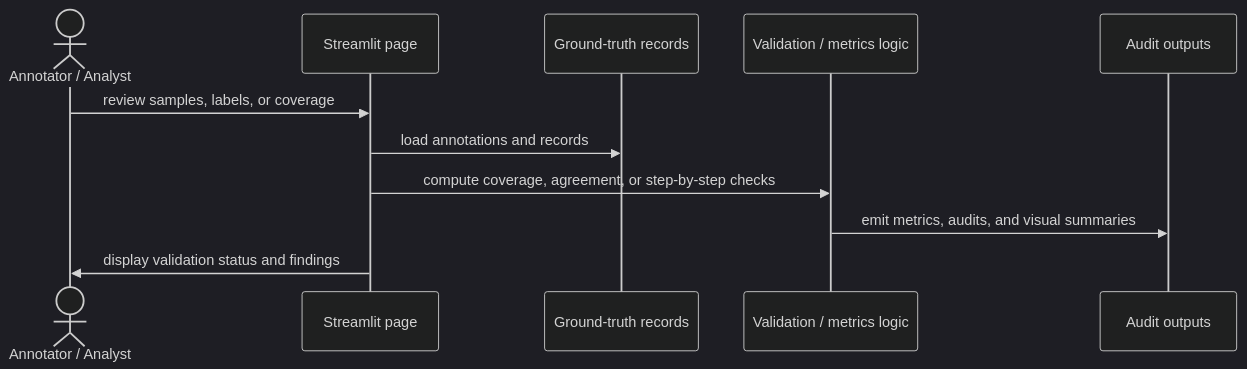
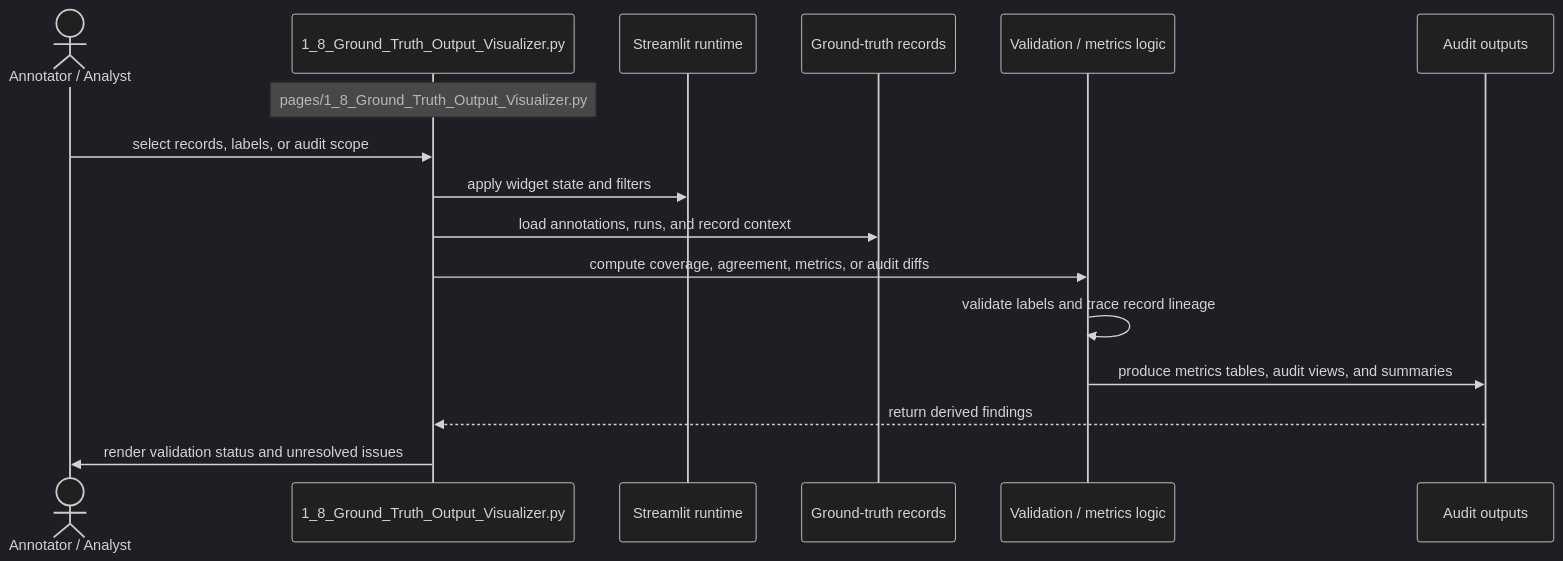
The diagram in new_page/documentation/streamlit_pages/mermaid_sequence_diagram/1_8_Ground_Truth_Output_Visualizer.md (darisdzakwanhoesien2/benchmarks), drawn with Mermaid (dark theme) before and after one commit. The commit also changed other lines of this file and 49 other files, not shown here.

Commit message:
Adding Documentation with Mermaid Sequence Diagram

````diff
--- a/new_page/documentation/streamlit_pages/mermaid_sequence_diagram/1_8_Ground_Truth_Output_Visualizer.md
+++ b/new_page/documentation/streamlit_pages/mermaid_sequence_diagram/1_8_Ground_Truth_Output_Visualizer.md
@@ -7,13 +15,18 @@
 ```mermaid
 sequenceDiagram
     actor User as Annotator / Analyst
-    participant page as Streamlit page
+    participant page as 1_8_Ground_Truth_Output_Visualizer.py
+    participant runtime as Streamlit runtime
     participant data as Ground-truth records
     participant compute as Validation / metrics logic
     participant output as Audit outputs
-    User->>page: review samples, labels, or coverage
-    page->>data: load annotations and records
-    page->>compute: compute coverage, agreement, or step-by-step checks
-    compute->>output: emit metrics, audits, and visual summaries
-    page->>User: display validation status and findings
+    Note over page: pages/1_8_Ground_Truth_Output_Visualizer.py
+    User->>page: select records, labels, or audit scope
+    page->>runtime: apply widget state and filters
+    page->>data: load annotations, runs, and record context
+    page->>compute: compute coverage, agreement, metrics, or audit diffs
+    compute->>compute: validate labels and trace record lineage
+    compute->>output: produce metrics tables, audit views, and summaries
+    output-->>page: return derived findings
+    page->>User: render validation status and unresolved issues
 ```
````
